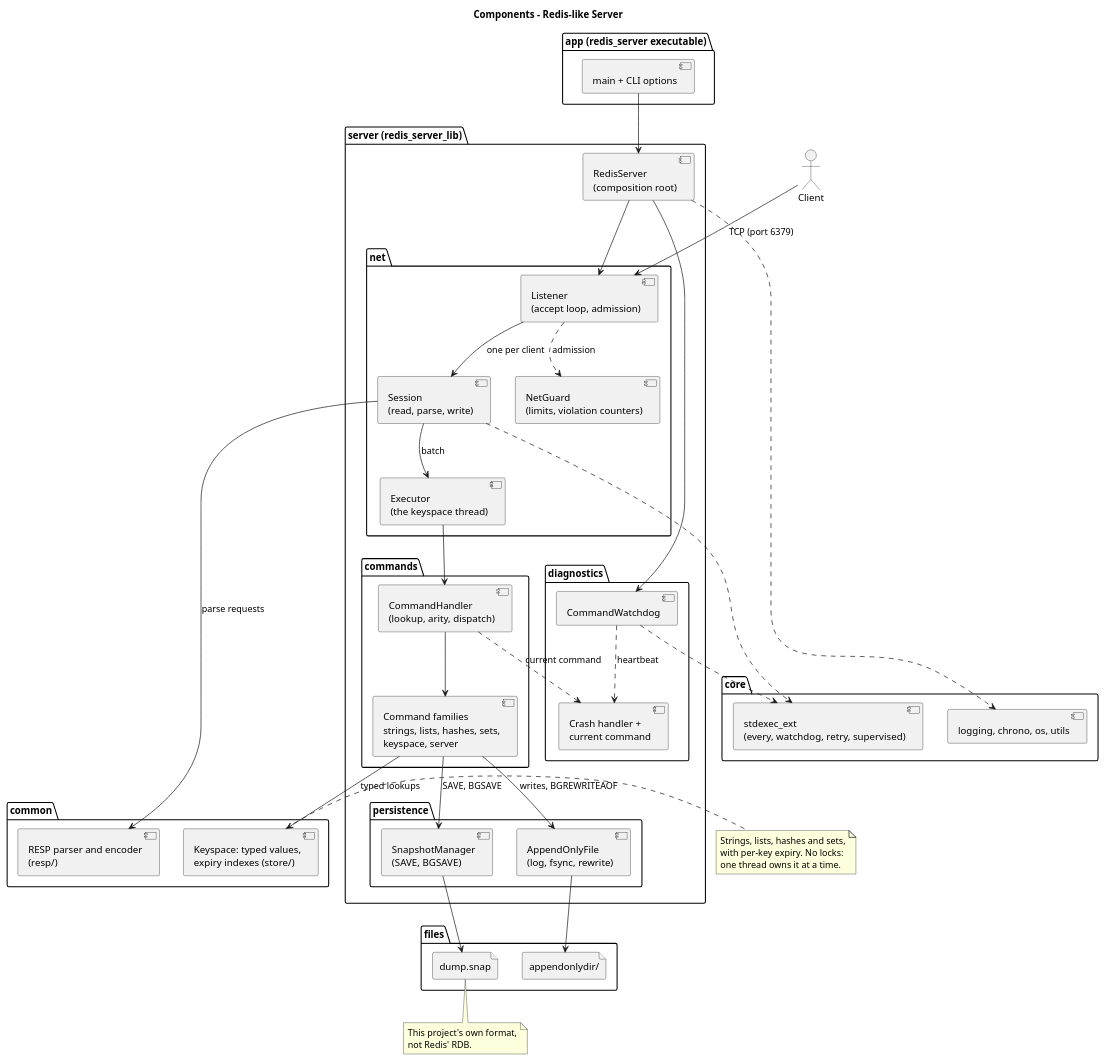
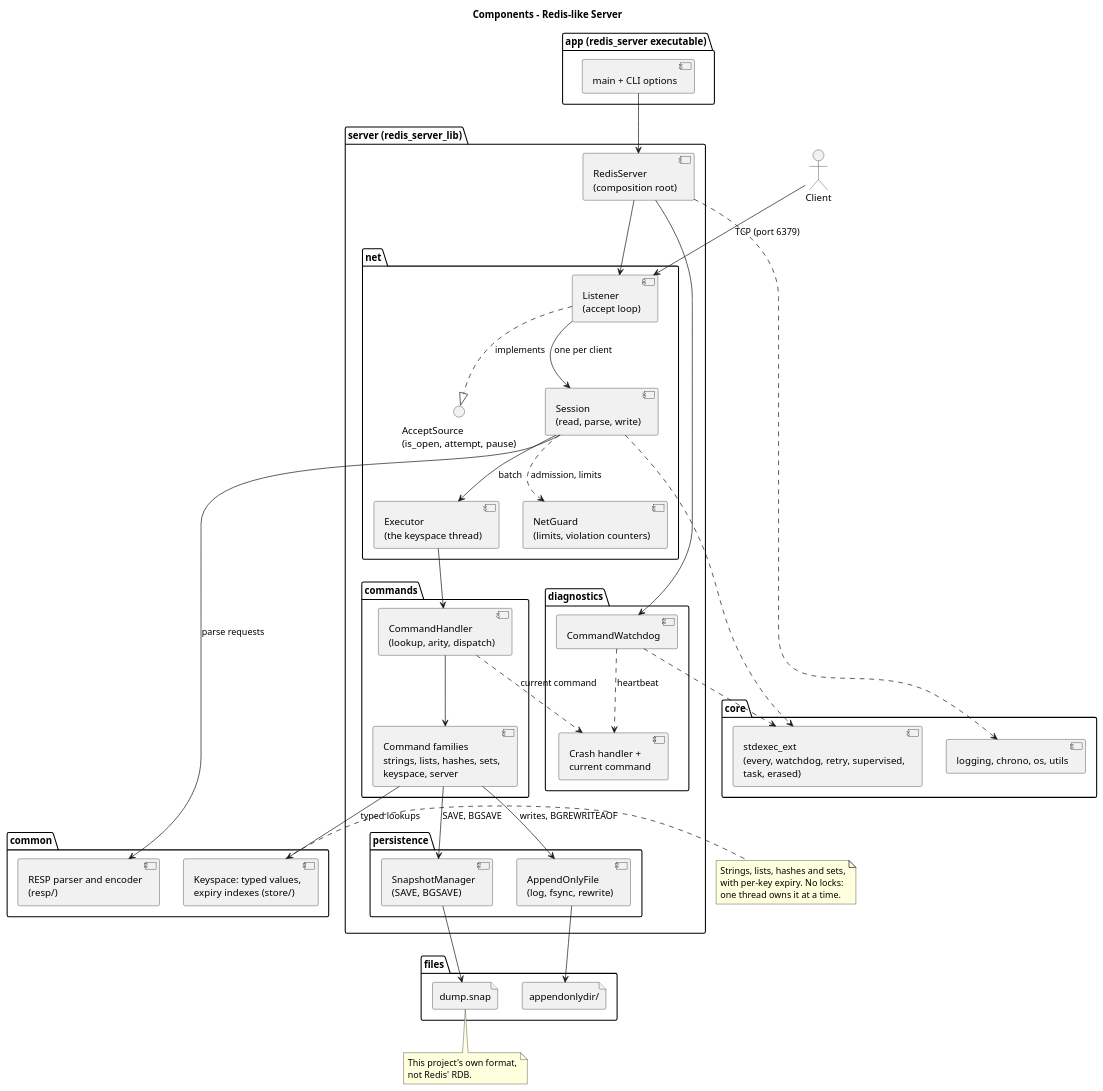
Before and after one commit to sleepyviper1213/redis: the diagram in docs/analysis/diagrams/components.puml, drawn with PlantUML. The commit also changed 127 other files, not shown here.

```diff
--- a/docs/analysis/diagrams/components.puml
+++ b/docs/analysis/diagrams/components.puml
@@ -1,82 +1,84 @@
 @startuml
 title Components - Redis-like Server
 
 ' One library per directory under src/; dependencies point one way only
 ' (see docs/directory_layout.md). core and common never depend on server.
 
 actor Client
 
 package "app (redis_server executable)" {
   [main + CLI options] as App
 }
 
 package "server (redis_server_lib)" {
   package "net" {
-    [Listener\n(accept loop, admission)] as Listener
+    [Listener\n(accept loop)] as Listener
+    interface "AcceptSource\n(is_open, attempt, pause)" as AcceptSource
     [Session\n(read, parse, write)] as Session
     [Executor\n(the keyspace thread)] as Executor
     [NetGuard\n(limits, violation counters)] as Guard
   }
   package "commands" {
     [CommandHandler\n(lookup, arity, dispatch)] as Handler
     [Command families\nstrings, lists, hashes, sets,\nkeyspace, server] as Families
   }
   package "persistence" {
     [SnapshotManager\n(SAVE, BGSAVE)] as Snapshots
     [AppendOnlyFile\n(log, fsync, rewrite)] as Aof
   }
   package "diagnostics" {
     [CommandWatchdog] as Watchdog
     [Crash handler +\ncurrent command] as Crash
   }
   [RedisServer\n(composition root)] as Server
 }
 
 package "common" {
   [RESP parser and encoder\n(resp/)] as Resp
   [Keyspace: typed values,\nexpiry indexes (store/)] as Store
 }
 
 package "core" {
-  [stdexec_ext\n(every, watchdog, retry, supervised)] as StdexecExt
+  [stdexec_ext\n(every, watchdog, retry, supervised,\ntask, erased)] as StdexecExt
   [logging, chrono, os, utils] as CoreUtils
 }
 
 folder "files" {
   file "dump.snap" as SnapFile
   file "appendonlydir/" as AofDir
 }
 
 Client --> Listener : TCP (port 6379)
 App --> Server
 Server --> Listener
+Listener ..|> AcceptSource : implements
 Server --> Watchdog
 Listener --> Session : one per client
-Listener ..> Guard : admission
+Session ..> Guard : admission, limits
 Session --> Resp : parse requests
 Session --> Executor : batch
 Executor --> Handler
 Handler --> Families
 Families --> Store : typed lookups
 Families --> Snapshots : SAVE, BGSAVE
 Families --> Aof : writes, BGREWRITEAOF
 Snapshots --> SnapFile
 Aof --> AofDir
 Handler ..> Crash : current command
 Watchdog ..> Crash : heartbeat
 Watchdog ..> StdexecExt
 Session ..> StdexecExt
 Server ..> CoreUtils
 
 note right of Store
   Strings, lists, hashes and sets,
   with per-key expiry. No locks:
   one thread owns it at a time.
 end note
 
 note bottom of SnapFile
   This project's own format,
   not Redis' RDB.
 end note
 
 @enduml
```
